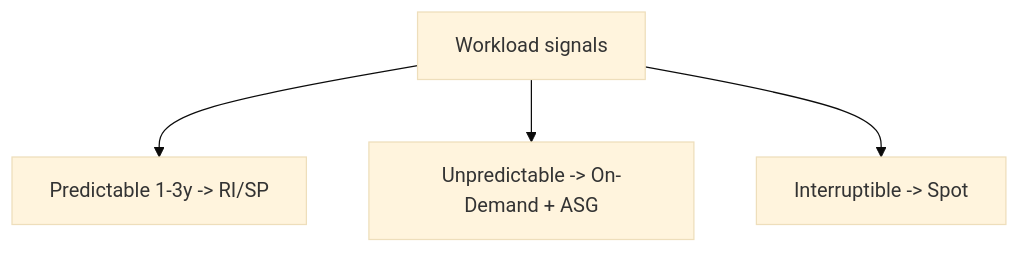
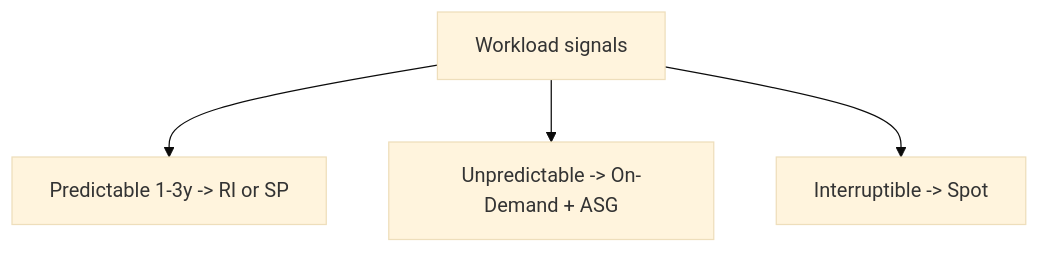
The diagram in aws-saa/week04-domain04-cost-optimized-architectures/day02/01-theory.md (niceguy61/aws-saa-lecture-2026), drawn with Mermaid (base theme) before and after one commit. The commit also changed other lines of this file and 9 other files, not shown here.

Commit message:
Normalize mermaid labels to avoid special-char parse issues

````diff
--- a/aws-saa/week04-domain04-cost-optimized-architectures/day02/01-theory.md
+++ b/aws-saa/week04-domain04-cost-optimized-architectures/day02/01-theory.md
@@ -22,6 +22,6 @@
 ```mermaid
 flowchart TB
-  Sig[Workload signals] --> Steady[Predictable 1-3y -> RI/SP]
+  Sig[Workload signals] --> Steady[Predictable 1-3y -> RI or SP]
   Sig --> Burst[Unpredictable -> On-Demand + ASG]
   Sig --> Batch[Interruptible -> Spot]
 ```
````
